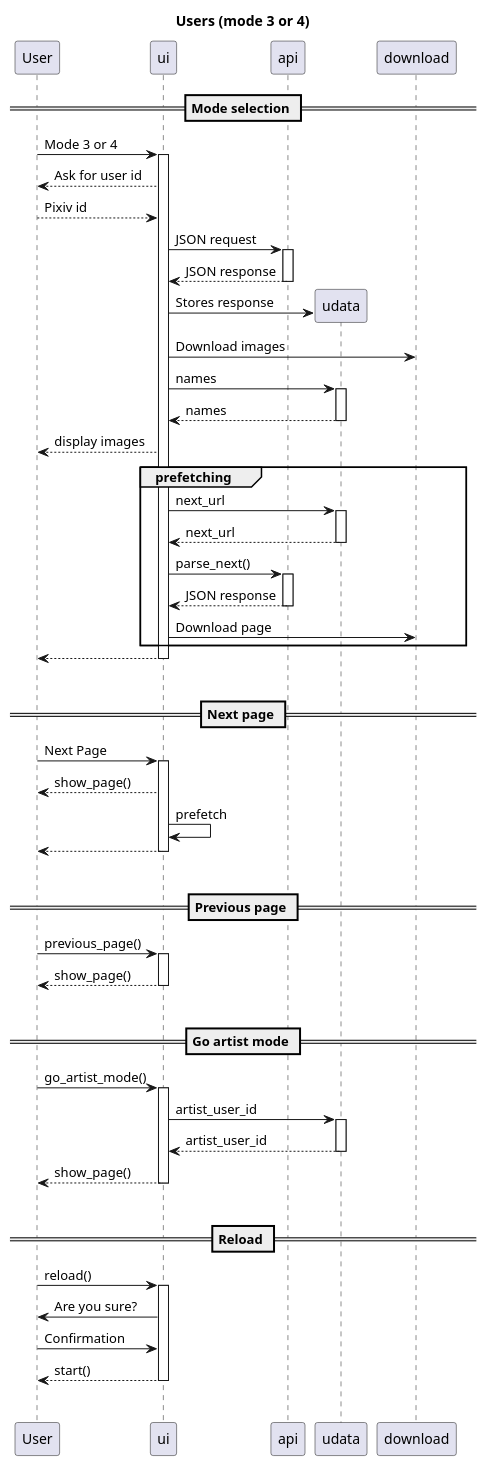
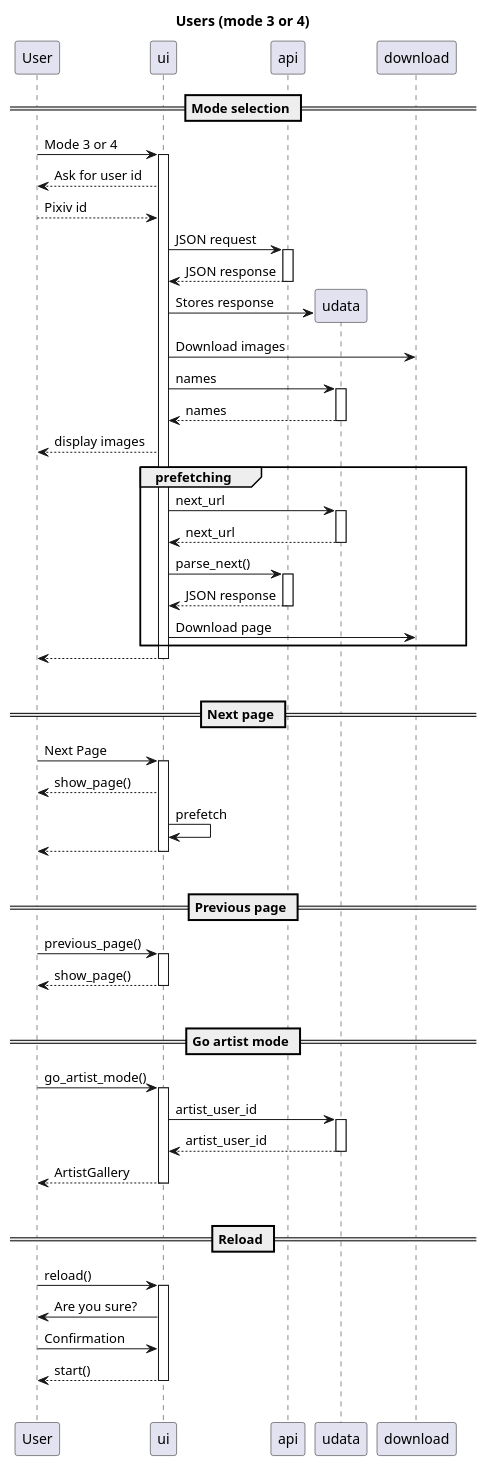
Before and after one commit to akazukin5151/koneko-old: the diagram in puml/users.puml, drawn with PlantUML. The commit also changed 3 other files, not shown here.

Commit message:
Improved ui uml diagrams

```diff
--- a/puml/users.puml
+++ b/puml/users.puml
@@ -1,53 +1,53 @@
 @startuml
 title Users (mode 3 or 4)
 
 == Mode selection ==
 User -> ui ++: Mode 3 or 4
 ui --> User: Ask for user id
 User --> ui: Pixiv id
 ui -> api ++: JSON request
 return JSON response
 create udata
 ui -> udata: Stores response
 ui -> download: Download images
 ui -> udata ++: names
 return names
 ui --> User: display images
 group prefetching
     ui -> udata ++: next_url
     return next_url
     ui -> api ++: parse_next()
     return JSON response
     ui -> download: Download page
 end
 return
 |||
 
 == Next page ==
 User -> ui ++: Next Page
 ui --> User: show_page()
 ui -> ui: prefetch
 return
 |||
 
 == Previous page ==
 User -> ui ++: previous_page()
 return show_page()
 |||
 
 == Go artist mode ==
 User -> ui ++: go_artist_mode()
 ui -> udata ++: artist_user_id
 return artist_user_id
-return show_page()
+return ArtistGallery
 |||
 
 == Reload ==
 User -> ui ++: reload()
 ui -> User: Are you sure?
 User -> ui: Confirmation
 return start()
 |||
 
 
 @enduml
```
